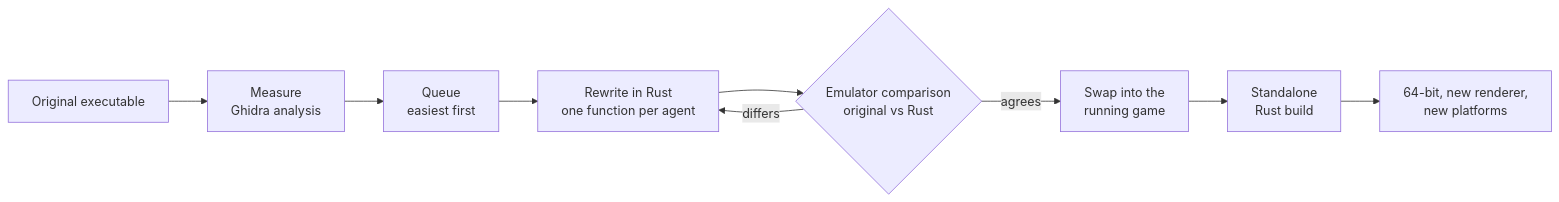
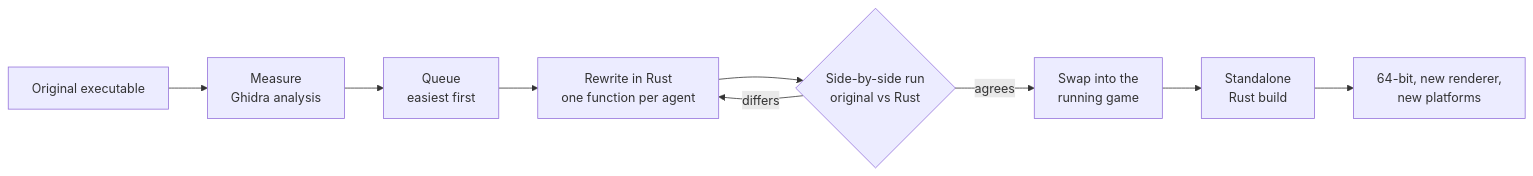
The diagram in README.md (monstercameron/LibertyFlux), drawn with Mermaid before and after one commit. The commit also changed other lines of this file and 4 other files, not shown here.

First line of the commit message:
Replace the emulator check with native side-by-side runs

````diff
--- a/README.md
+++ b/README.md
@@ -89,11 +89,11 @@
 ```mermaid
 flowchart LR
     A[Original executable] --> B[Measure<br>Ghidra analysis]
     B --> C[Queue<br>easiest first]
     C --> D[Rewrite in Rust<br>one function per agent]
-    D --> E{Emulator comparison<br>original vs Rust}
+    D --> E{Side-by-side run<br>original vs Rust}
     E -- differs --> D
     E -- agrees --> F[Swap into the<br>running game]
     F --> G[Standalone<br>Rust build]
     G --> H[64-bit, new renderer,<br>new platforms]
 ```
````
